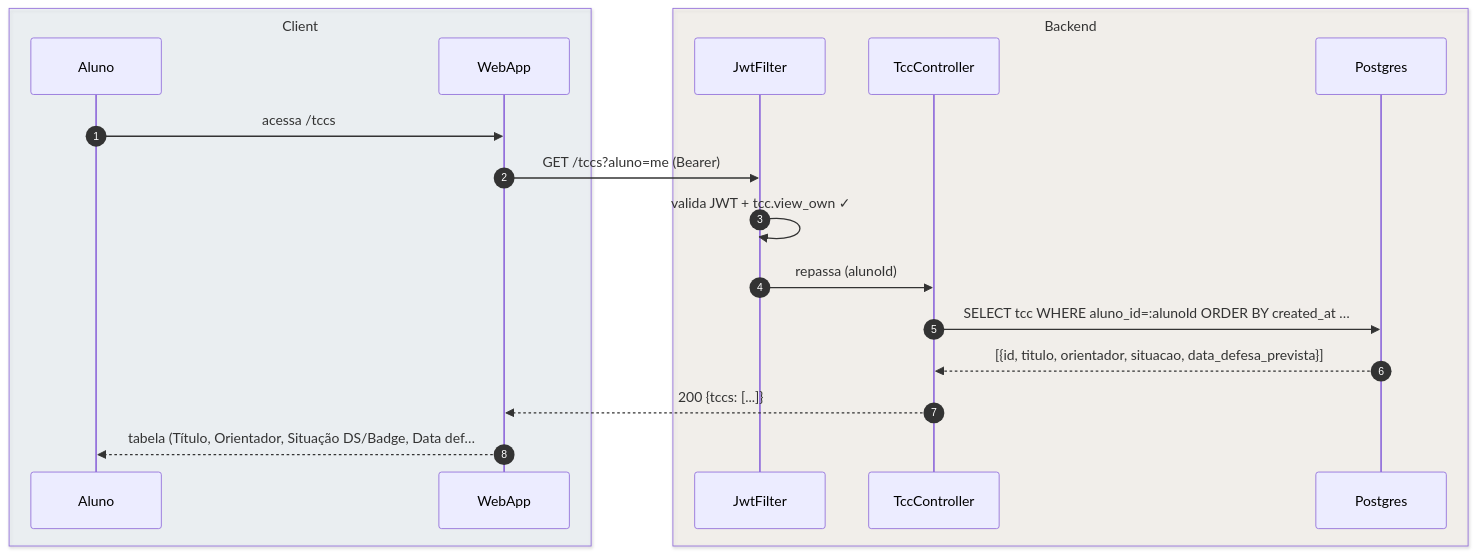
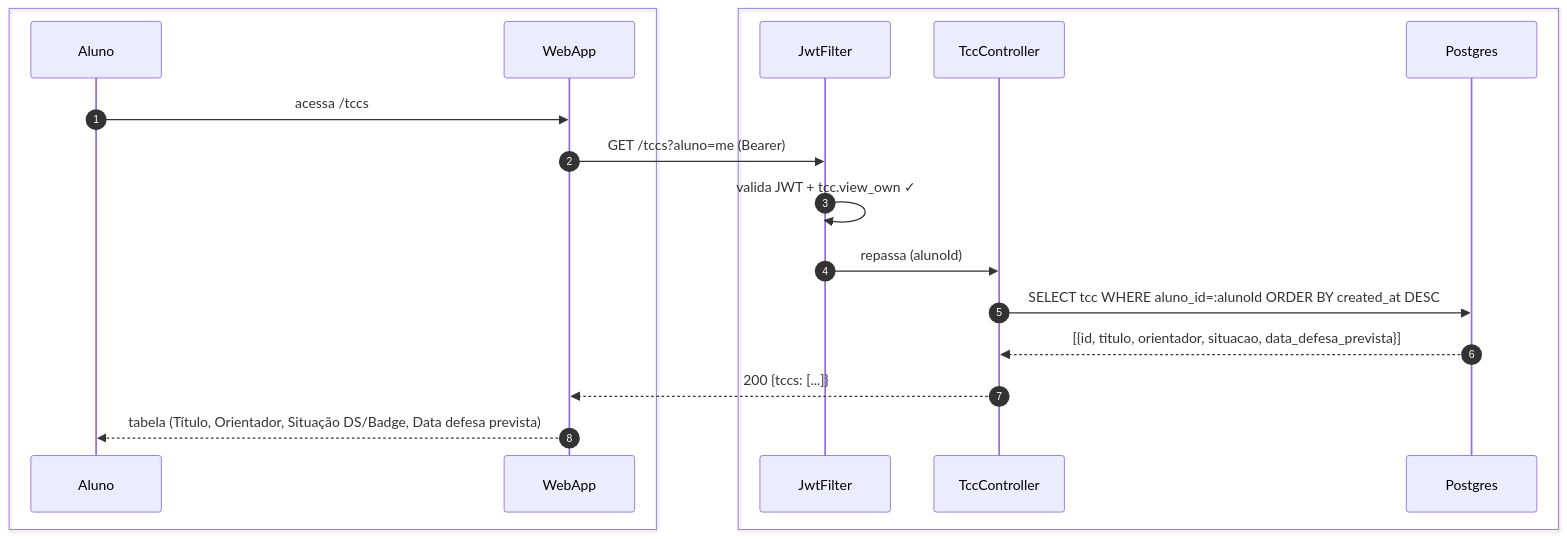
The first of 3 diagrams in foundationDocs/sequenceDiagrams/F1 — Aluno/US-F1-008-TCC.md (umishell/secretariaOnline2), drawn with Mermaid before and after one commit. The commit also changed other lines of this file and 70 other files, not shown here.

First line of the commit message:
Enhance database documentation and introduce new schema files

````diff
--- a/foundationDocs/sequenceDiagrams/F1 — Aluno/US-F1-008-TCC.md
+++ b/foundationDocs/sequenceDiagrams/F1 — Aluno/US-F1-008-TCC.md
@@ -48,22 +48,22 @@
 ```mermaid
 sequenceDiagram
     autonumber
-    box rgba(230,245,255,0.3) Client
+    box #e8f4fc Cliente
         participant Aluno
         participant WebApp
     end
-    box rgba(255,245,230,0.3) Backend
+    box #fff8ee Servidor
         participant JwtFilter
         participant TccController
         participant Postgres
     end
 
     Aluno->>WebApp: acessa /tccs
     WebApp->>JwtFilter: GET /tccs?aluno=me (Bearer)
     JwtFilter->>JwtFilter: valida JWT + tcc.view_own ✓
     JwtFilter->>TccController: repassa (alunoId)
-    TccController->>Postgres: SELECT tcc WHERE aluno_id=:alunoId ORDER BY created_at …
+    TccController->>Postgres: SELECT tcc WHERE aluno_id=:alunoId ORDER BY created_at DESC
     Postgres-->>TccController: [{id, titulo, orientador, situacao, data_defesa_prevista}]
     TccController-->>WebApp: 200 {tccs: [...]}
-    WebApp-->>Aluno: tabela (Título, Orientador, Situação DS/Badge, Data def…
+    WebApp-->>Aluno: tabela (Título, Orientador, Situação DS/Badge, Data defesa prevista)
 ```
````
